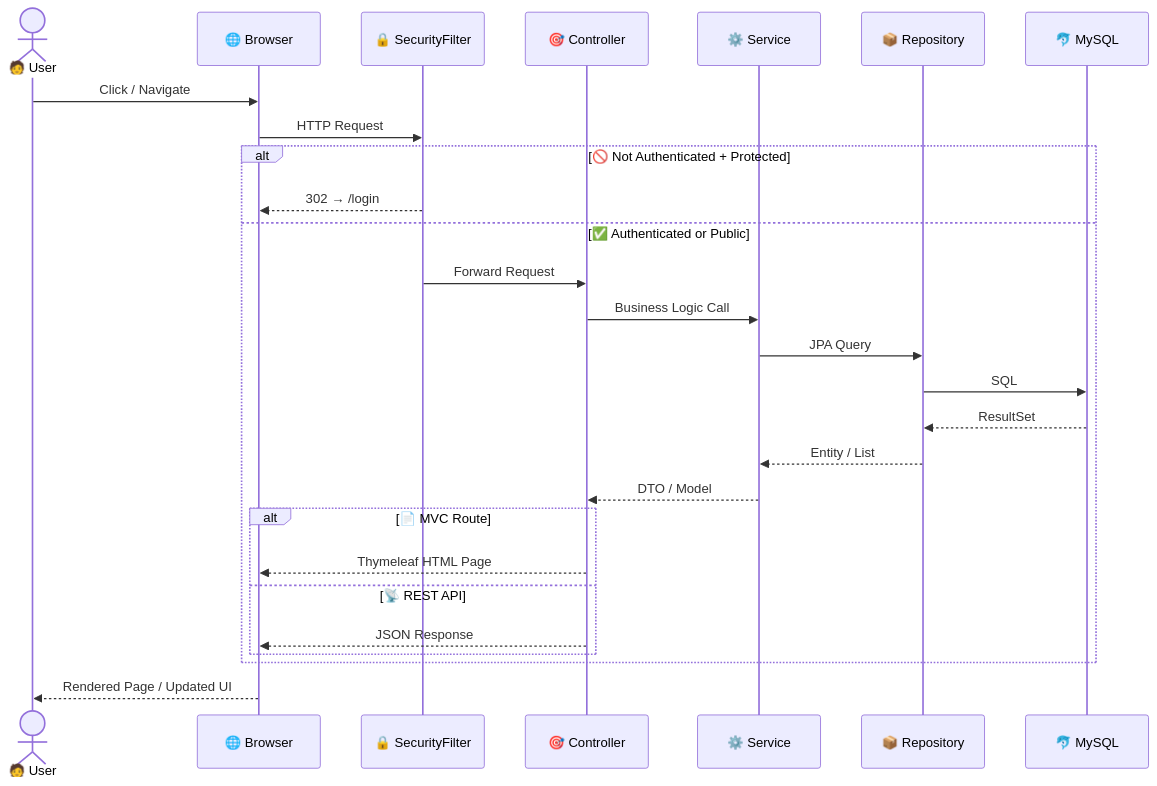
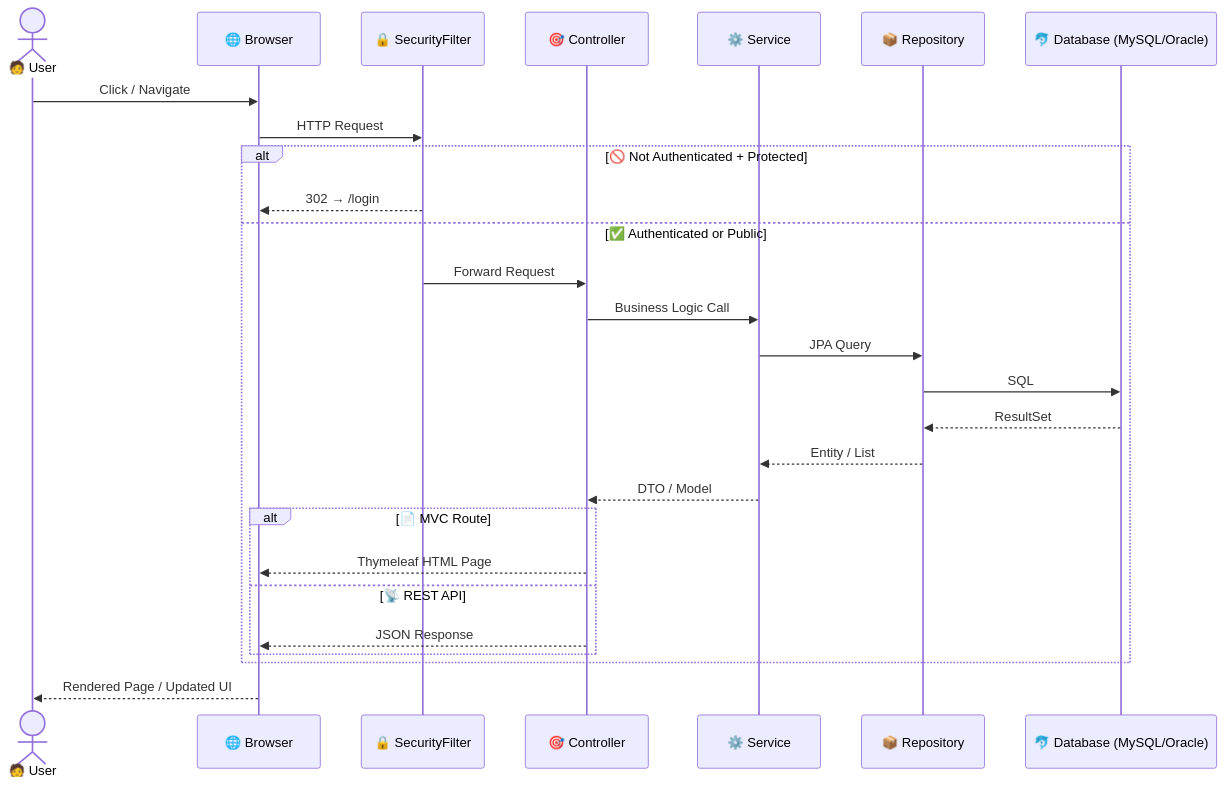
The fourth of 9 diagrams in docs/architecture.md (FlynnRyder29/RevPlay_Web_App), drawn with Mermaid before and after one commit. The commit also changed other lines of this file and 1 other file, not shown here.

````diff
--- a/docs/architecture.md
+++ b/docs/architecture.md
@@ -371,33 +371,33 @@
 ```mermaid
 sequenceDiagram
     actor User as 🧑 User
     participant Browser as 🌐 Browser
     participant Security as 🔒 SecurityFilter
     participant Controller as 🎯 Controller
     participant Service as ⚙️ Service
     participant Repository as 📦 Repository
-    participant MySQL as 🐬 MySQL
+    participant MySQL as 🐬 Database (MySQL/Oracle)
 
     User->>Browser: Click / Navigate
     Browser->>Security: HTTP Request
 
     alt 🚫 Not Authenticated + Protected
         Security-->>Browser: 302 → /login
     else ✅ Authenticated or Public
         Security->>Controller: Forward Request
         Controller->>Service: Business Logic Call
         Service->>Repository: JPA Query
         Repository->>MySQL: SQL
         MySQL-->>Repository: ResultSet
         Repository-->>Service: Entity / List
         Service-->>Controller: DTO / Model
 
         alt 📄 MVC Route
             Controller-->>Browser: Thymeleaf HTML Page
         else 📡 REST API
             Controller-->>Browser: JSON Response
         end
     end
 
     Browser-->>User: Rendered Page / Updated UI
 ```
````
